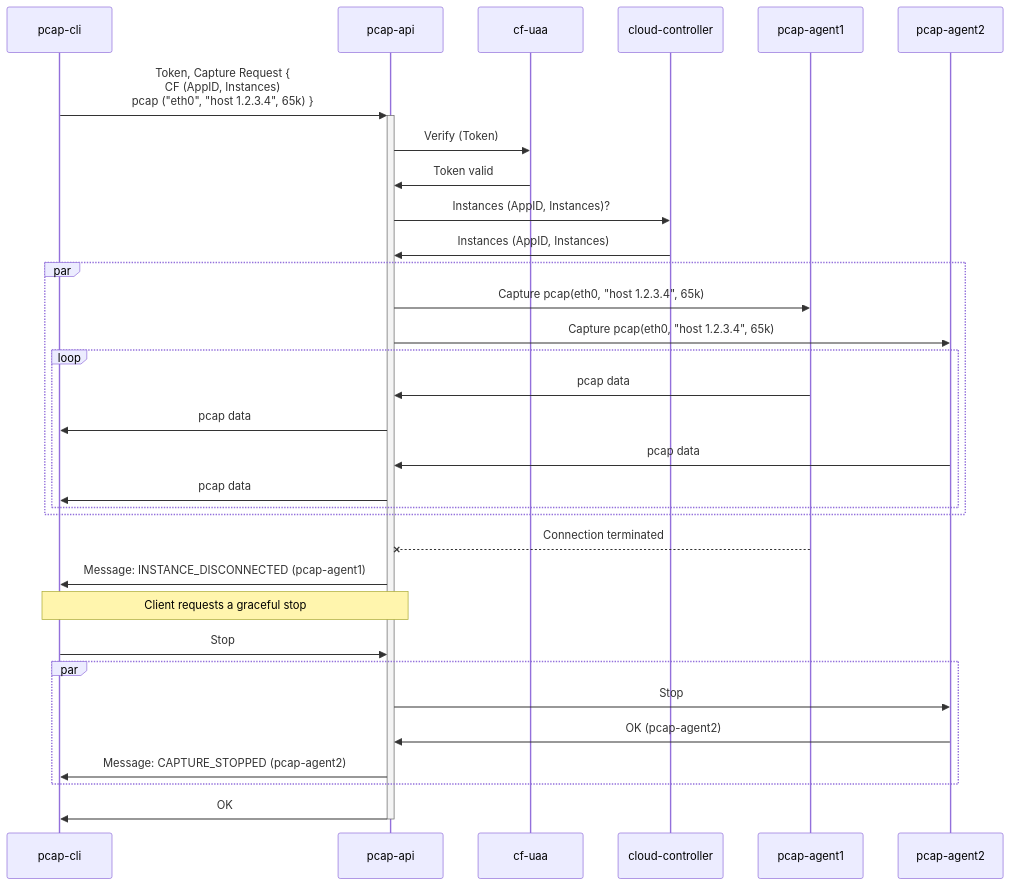
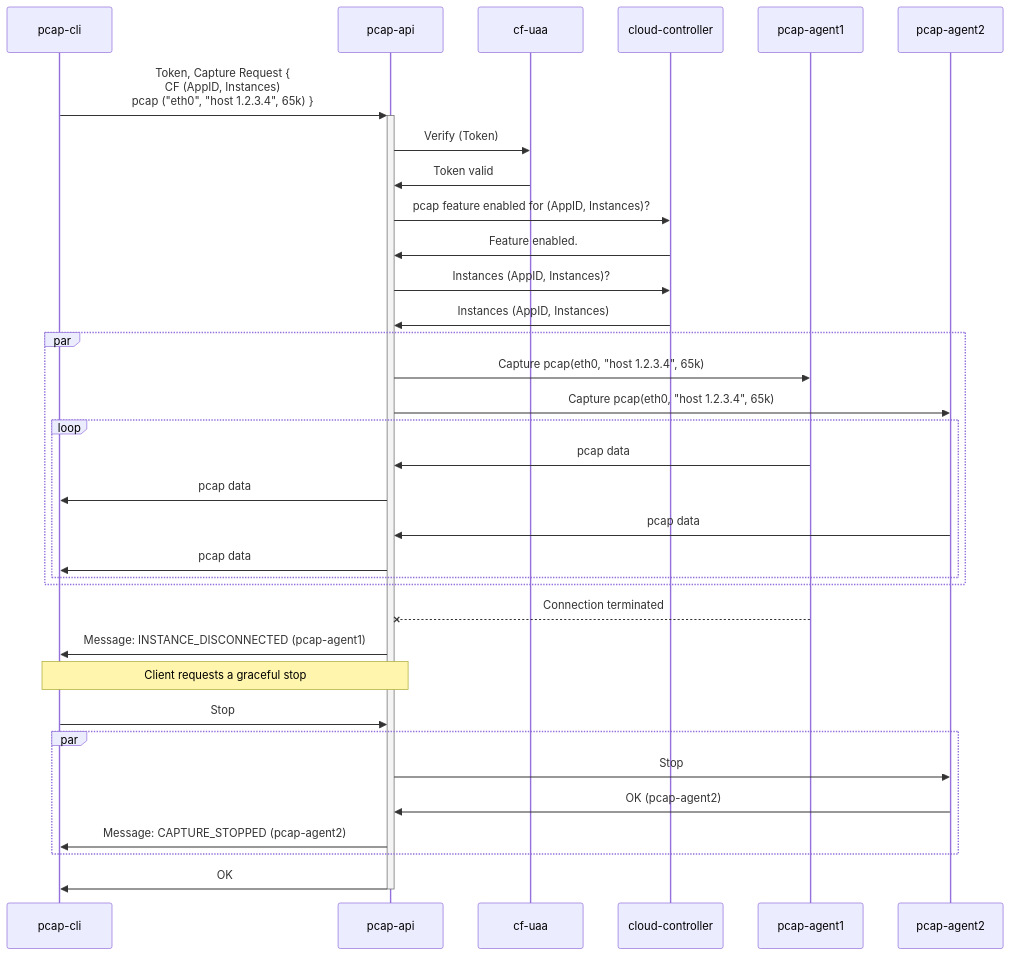
Before and after one commit to cloudfoundry/pcap-release: the ninth of 21 diagrams in docs/api-communication-spec.md, drawn with Mermaid. The commit also changed other lines of this file, not shown here.

Commit message:
docs(api): Address review comments

````diff
--- a/docs/api-communication-spec.md
+++ b/docs/api-communication-spec.md
@@ -517,30 +632,33 @@
 ```mermaid
 sequenceDiagram
     pcap-cli ->>+ pcap-api: Token, Capture Request {<br/>CF (AppID, Instances)<br/>pcap ("eth0", "host 1.2.3.4", 65k) }
     pcap-api ->> cf-uaa: Verify (Token)
     cf-uaa ->> pcap-api: Token valid
+    pcap-api ->> cloud-controller: pcap feature enabled for (AppID, Instances)?
+    cloud-controller ->> pcap-api: Feature enabled.
+  
     pcap-api ->> cloud-controller: Instances (AppID, Instances)?
     cloud-controller ->> pcap-api: Instances (AppID, Instances)
     par
         pcap-api ->> pcap-agent1: Capture pcap(eth0, "host 1.2.3.4", 65k)
         pcap-api ->> pcap-agent2: Capture pcap(eth0, "host 1.2.3.4", 65k)
         loop
             pcap-agent1 ->> pcap-api: pcap data
             pcap-api ->> pcap-cli: pcap data
             pcap-agent2 ->> pcap-api: pcap data
             pcap-api ->> pcap-cli: pcap data
         end
     end
     pcap-agent1 --X pcap-api: Connection terminated
     pcap-api ->> pcap-cli: Message: INSTANCE_DISCONNECTED (pcap-agent1)
     note over pcap-cli, pcap-api: Client requests a graceful stop
     pcap-cli ->> pcap-api: Stop
     par
         pcap-api ->> pcap-agent2: Stop
         pcap-agent2 ->> pcap-api: OK (pcap-agent2)
         pcap-api ->> pcap-cli: Message: CAPTURE_STOPPED (pcap-agent2)
     end
 
     pcap-api ->>- pcap-cli: OK
     
 ```
````
